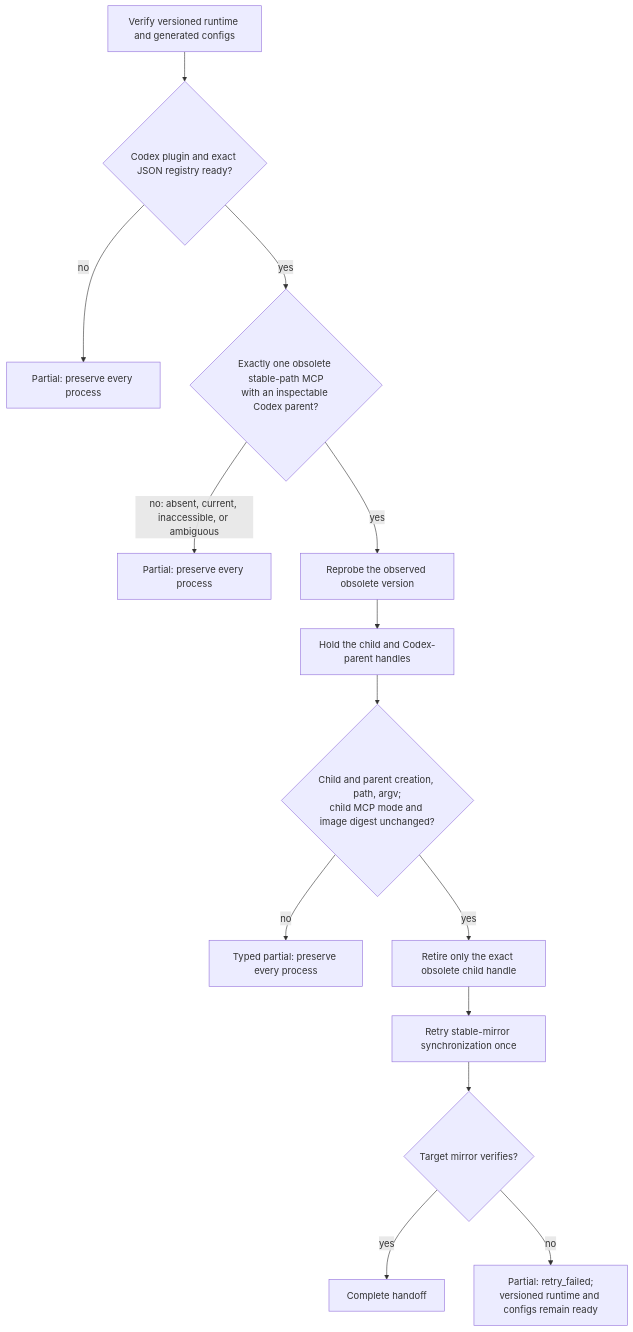
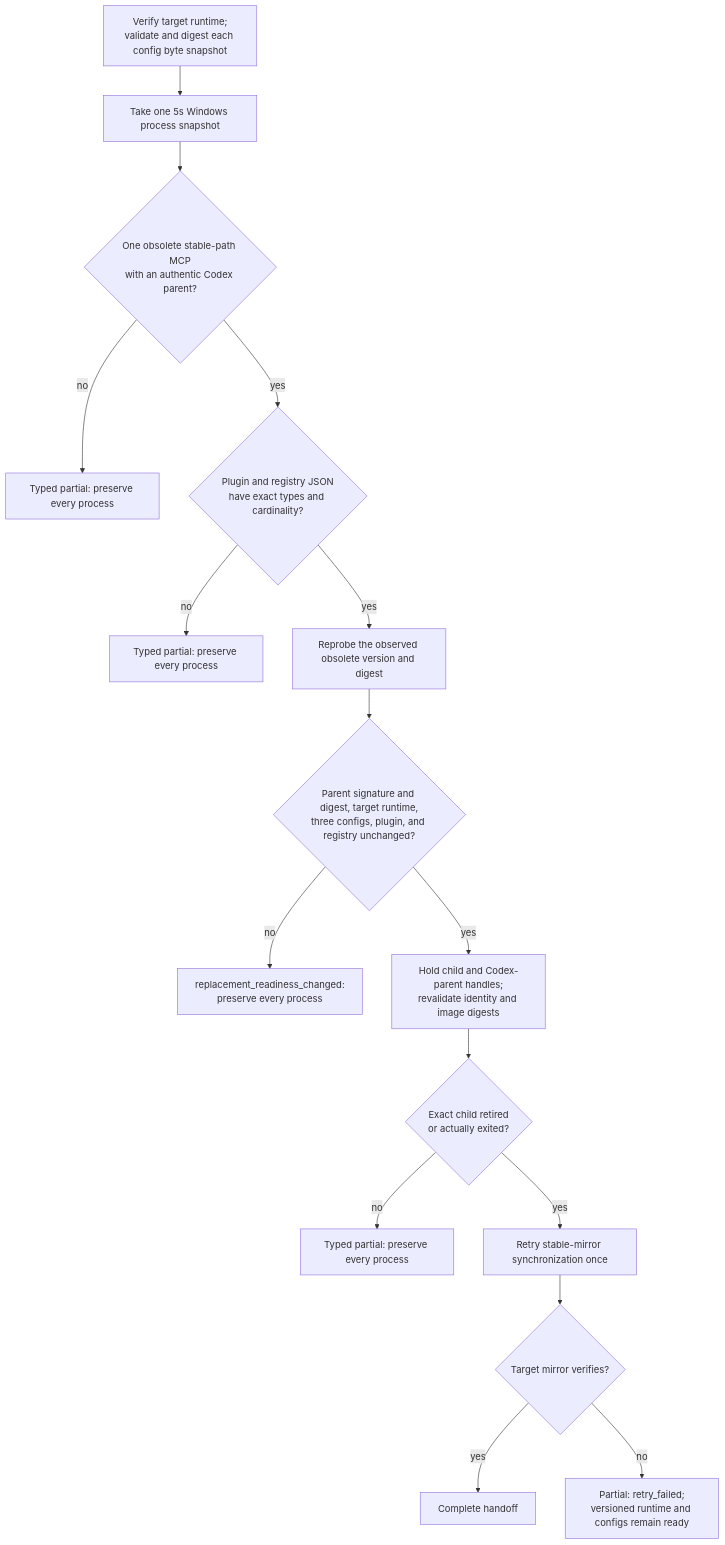
One commit to styler-ai/ProjectAtlas changed the third of 29 diagrams in docs/projectatlas-3-architecture.md. Above: the diagram before and after it, drawn with Mermaid. The commit also changed other lines of this file and 6 other files, not shown here.

Commit message:
fix(installer): complete obsolete MCP handoff safety (#411)

````diff
--- a/docs/projectatlas-3-architecture.md
+++ b/docs/projectatlas-3-architecture.md
@@ -335,16 +335,18 @@
 ```mermaid
 flowchart TD
-    Target[Verify versioned runtime and generated configs] --> Managed{Codex plugin and exact JSON registry ready?}
-    Managed -->|no| ReadinessPartial[Partial: preserve every process]
-    Managed -->|yes| Owner{Exactly one obsolete stable-path MCP<br/>with an inspectable Codex parent?}
-    Owner -->|no: absent, current, inaccessible, or ambiguous| OwnerPartial[Partial: preserve every process]
-    Owner -->|yes| Version[Reprobe the observed obsolete version]
-    Version --> Handle[Hold the child and Codex-parent handles]
-    Handle --> Identity{Child and parent creation, path, argv;<br/>child MCP mode and image digest unchanged?}
-    Identity -->|no| IdentityPartial[Typed partial: preserve every process]
-    Identity -->|yes| Retire[Retire only the exact obsolete child handle]
-    Retire --> Retry[Retry stable-mirror synchronization once]
+    Target[Verify target runtime;<br/>validate and digest each config byte snapshot] --> Snapshot[Take one 5s Windows process snapshot]
+    Snapshot --> Owner{One obsolete stable-path MCP<br/>with an authentic Codex parent?}
+    Owner -->|no| OwnerPartial[Typed partial: preserve every process]
+    Owner -->|yes| Managed{Plugin and registry JSON<br/>have exact types and cardinality?}
+    Managed -->|no| ReadinessPartial[Typed partial: preserve every process]
+    Managed -->|yes| Version[Reprobe the observed obsolete version and digest]
+    Version --> Late{Parent signature and digest, target runtime,<br/>three configs, plugin, and registry unchanged?}
+    Late -->|no| ReplacementPartial[replacement_readiness_changed:<br/>preserve every process]
+    Late -->|yes| Handle[Hold child and Codex-parent handles;<br/>revalidate identity and image digests]
+    Handle --> Outcome{Exact child retired<br/>or actually exited?}
+    Outcome -->|no| IdentityPartial[Typed partial: preserve every process]
+    Outcome -->|yes| Retry[Retry stable-mirror synchronization once]
     Retry --> Verify{Target mirror verifies?}
     Verify -->|yes| Complete[Complete handoff]
     Verify -->|no| RetryPartial[Partial: retry_failed;<br/>versioned runtime and configs remain ready]
 ```
````
